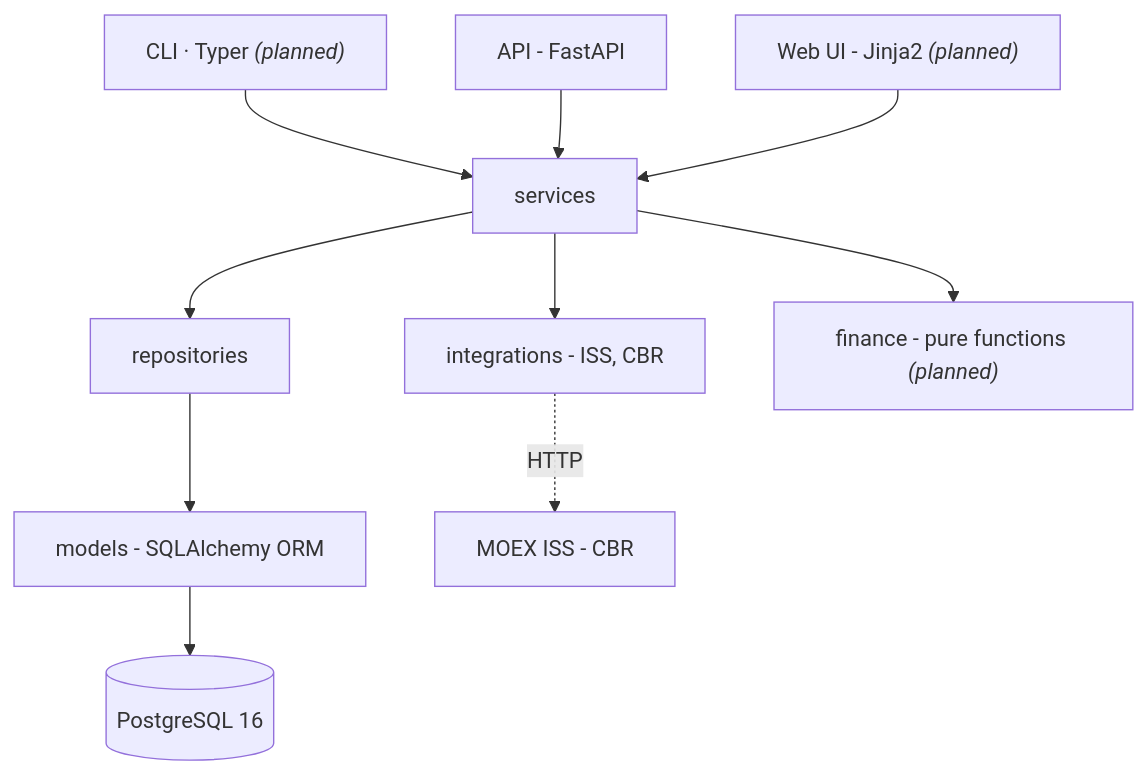
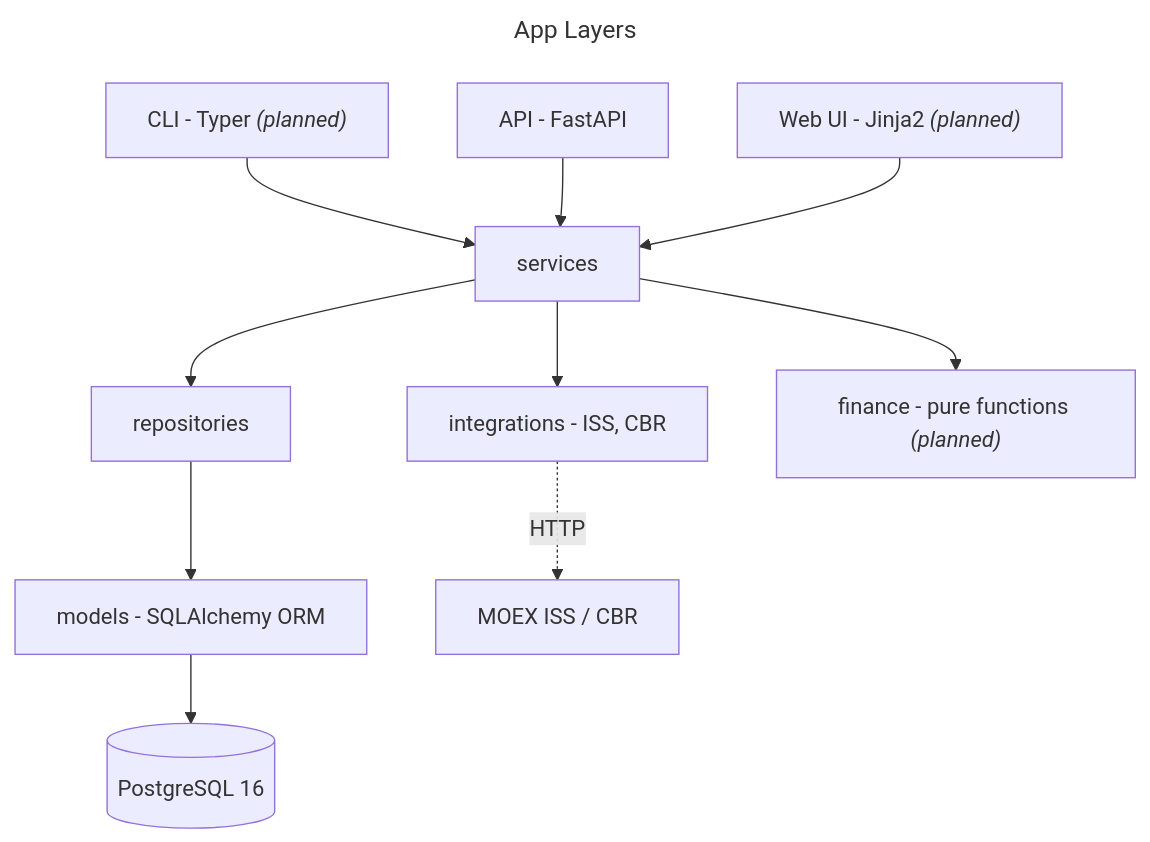
The first of 3 diagrams in docs/architecture.md (kkol4anov/moex-bonds), drawn with Mermaid before and after one commit. The commit also changed other lines of this file, not shown here.

````diff
--- a/docs/architecture.md
+++ b/docs/architecture.md
@@ -12,14 +12,17 @@
 ```mermaid
+---
+title: App Layers
+---
 flowchart TD
-    CLI["CLI · Typer <i>(planned)</i>"] --> SVC
+    CLI["CLI - Typer <i>(planned)</i>"] --> SVC
     API["API - FastAPI"] --> SVC
     WEB["Web UI - Jinja2 <i>(planned)</i>"] --> SVC
 
     SVC["services"] --> REPO["repositories"]
     SVC --> INT["integrations - ISS, CBR"]
     SVC --> FIN["finance - pure functions <i>(planned)</i>"]
 
     REPO --> MOD["models - SQLAlchemy ORM"]
     MOD --> DB[("PostgreSQL 16")]
-    INT -.HTTP.-> EXT["MOEX ISS - CBR"]
+    INT -.HTTP.-> EXT["MOEX ISS / CBR"]
 ```
````
